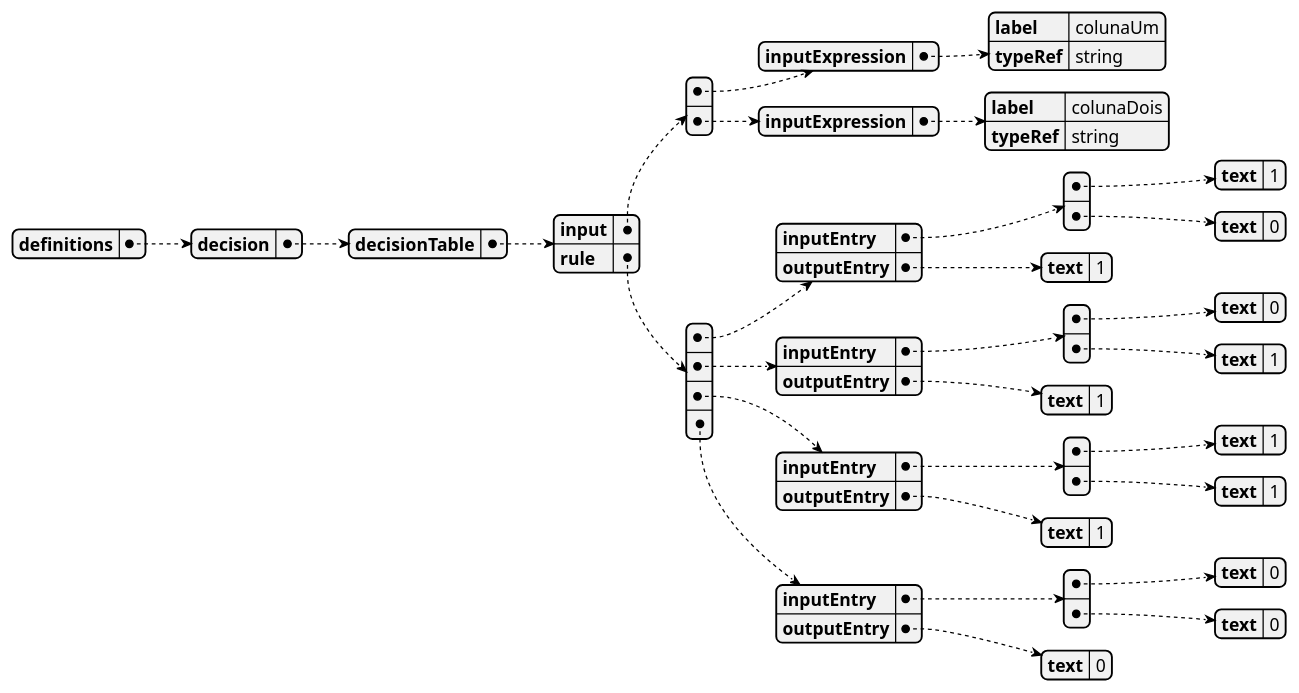
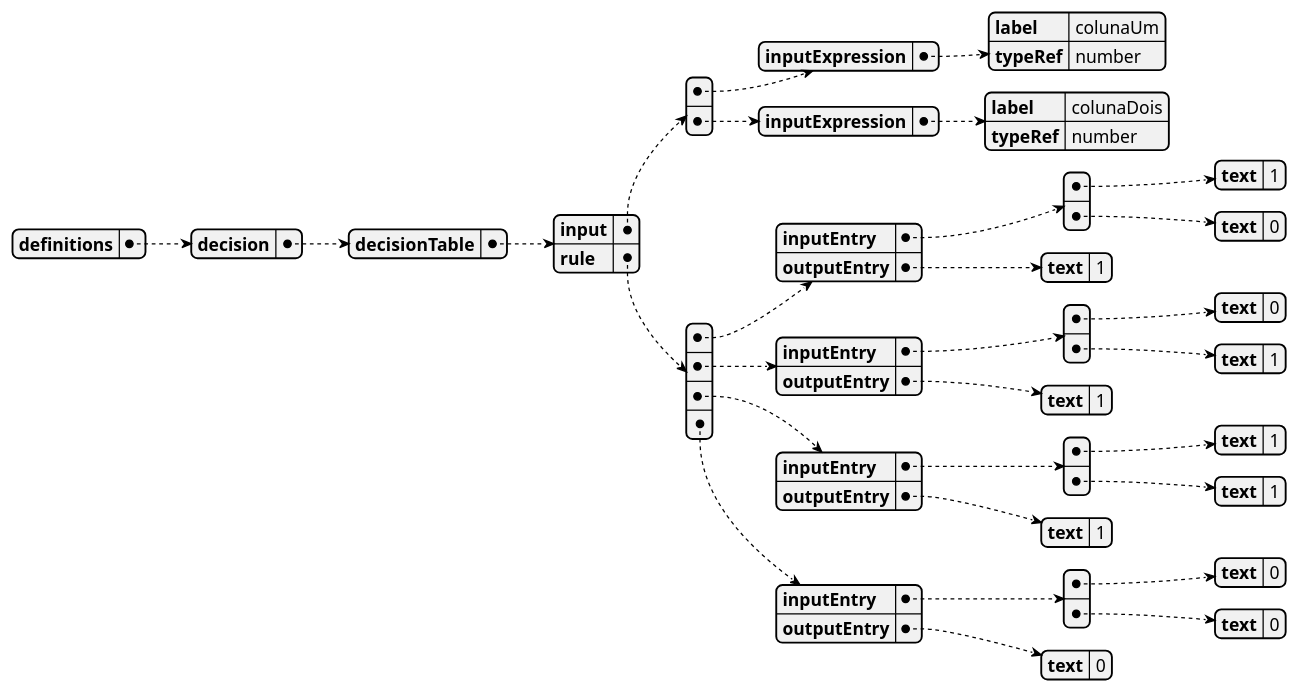
The diagram in examples/ou.puml (GiovaniPM/JDMn), drawn with PlantUML before and after one commit.

Commit message:
giova(DESKTOP-PG18CKU) 231221141450

```diff
--- a/examples/ou.puml
+++ b/examples/ou.puml
@@ -1,72 +1,72 @@
 @startjson
 {
     "definitions": {
         "decision": {
             "decisionTable": {
                 "input": [{
                         "inputExpression": {
                             "label": "colunaUm",
-                            "typeRef": "string"
+                            "typeRef": "number"
                         }
                     },
                     {
                         "inputExpression": {
                             "label": "colunaDois",
-                            "typeRef": "string"
+                            "typeRef": "number"
                         }
                     }
                 ],
                 "rule": [{
                         "inputEntry": [{
                                 "text": "1"
                             },
                             {
                                 "text": "0"
                             }
                         ],
                         "outputEntry": {
                             "text": "1"
                         }
                     },
                     {
                         "inputEntry": [{
                                 "text": "0"
                             },
                             {
                                 "text": "1"
                             }
                         ],
                         "outputEntry": {
                             "text": "1"
                         }
                     },
                     {
                         "inputEntry": [{
                                 "text": "1"
                             },
                             {
                                 "text": "1"
                             }
                         ],
                         "outputEntry": {
                             "text": "1"
                         }
                     },
                     {
                         "inputEntry": [{
                                 "text": "0"
                             },
                             {
                                 "text": "0"
                             }
                         ],
                         "outputEntry": {
                             "text": "0"
                         }
                     }
                 ]
             }
         }
     }
 }
 @endjson
```
